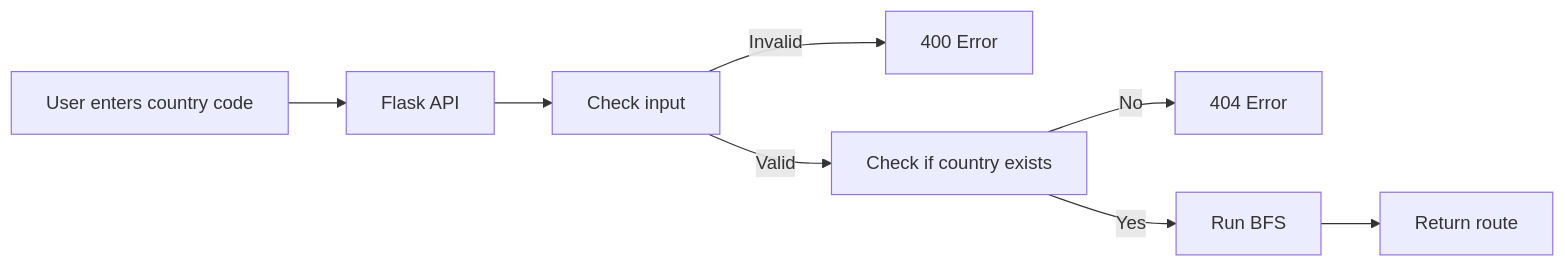
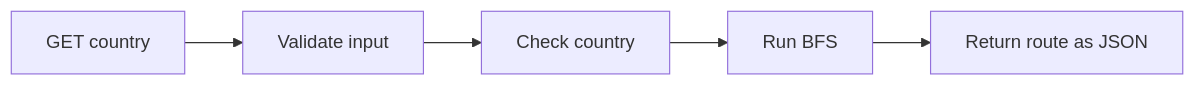
The diagram in README.md (Phinx149/Take_Home_Project), drawn with Mermaid before and after one commit. The commit also changed other lines of this file, not shown here.

````diff
--- a/README.md
+++ b/README.md
@@ -23,10 +80,7 @@
 ```mermaid
 flowchart LR
-    A[User enters country code] --> B[Flask API]
-    B --> C[Check input]
-    C -->|Invalid| D[400 Error]
-    C -->|Valid| E[Check if country exists]
-    E -->|No| F[404 Error]
-    E -->|Yes| G[Run BFS]
-    G --> H[Return route]
+    A[GET country] --> B[Validate input]
+    B --> C[Check country]
+    C --> D[Run BFS]
+    D --> E[Return route as JSON]
 ```
````
